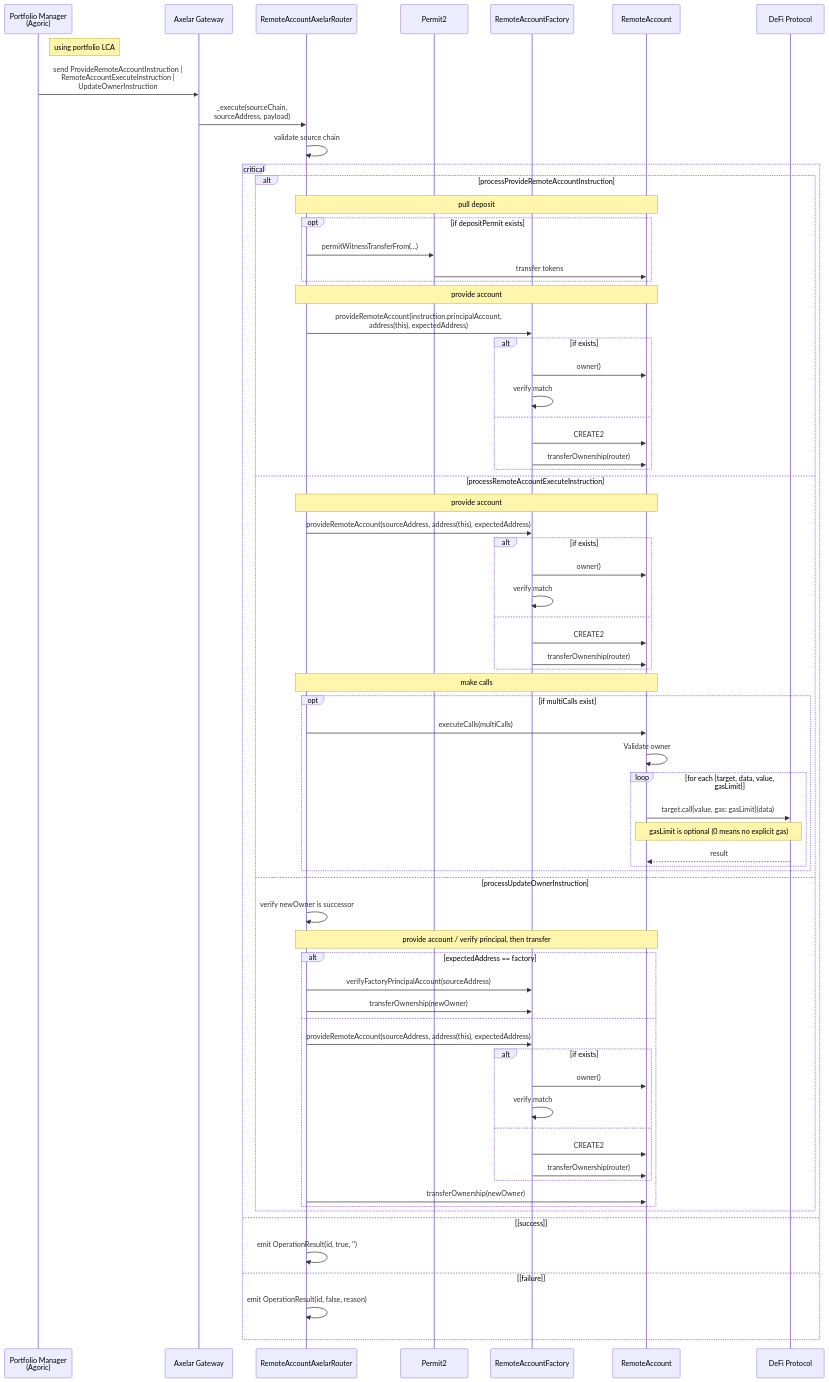
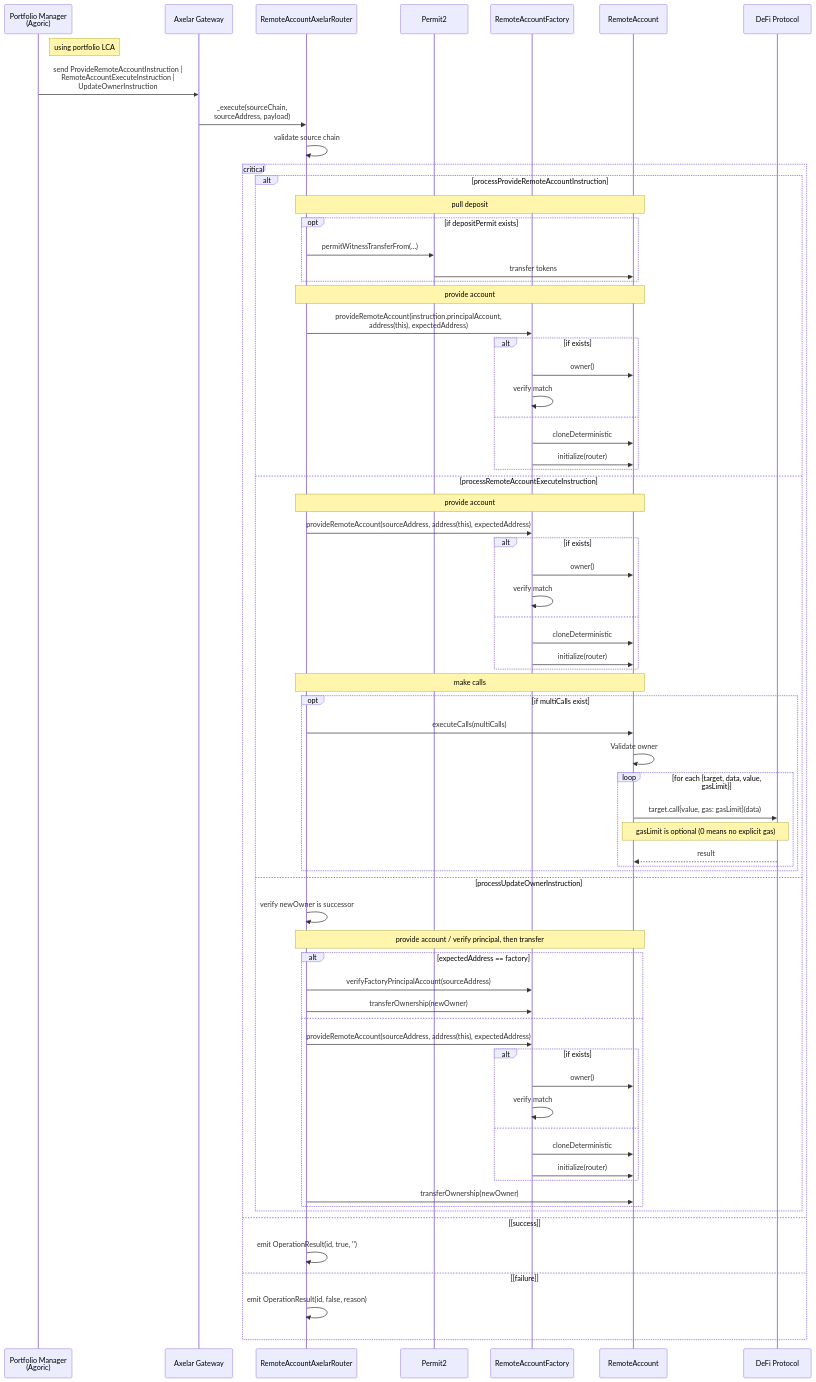
Before and after one commit to agoric-labs/agoric-to-axelar-local: the sixth of 8 diagrams in packages/axelar-local-dev-cosmos/src/contracts/design.md, drawn with Mermaid. The commit also changed other lines of this file, not shown here.

````diff
--- a/packages/axelar-local-dev-cosmos/src/contracts/design.md
+++ b/packages/axelar-local-dev-cosmos/src/contracts/design.md
@@ -376,79 +410,79 @@
 ```mermaid
 sequenceDiagram
     participant PM as Portfolio Manager<br/>(Agoric)
     participant AXL as Axelar Gateway
     participant PR as RemoteAccountAxelarRouter
     participant P2 as Permit2
     participant RAF as RemoteAccountFactory
     participant RA as RemoteAccount
     participant DEFI as DeFi Protocol
 
     Note right of PM: using portfolio LCA
     PM->>AXL: send ProvideRemoteAccountInstruction |<br>RemoteAccountExecuteInstruction |<br>UpdateOwnerInstruction
     AXL->>PR: _execute(sourceChain,<br>sourceAddress, payload)
 
     PR->>PR: validate source chain
 
     critical
         alt processProvideRemoteAccountInstruction
             Note over PR,RA: pull deposit
             opt if depositPermit exists
                 PR->>P2: permitWitnessTransferFrom(...)
                 P2->>RA: transfer tokens
             end
 
             Note over PR,RA: provide account
             PR->>RAF: provideRemoteAccount(instruction.principalAccount,<br> address(this), expectedAddress)
             alt if exists
                 RAF->>RA: owner()
                 RAF->>RAF: verify match
             else
-                RAF->>RA: CREATE2
-                RAF->>RA: transferOwnership(router)
+                RAF->>RA: cloneDeterministic
+                RAF->>RA: initialize(router)
             end
         else processRemoteAccountExecuteInstruction
             Note over PR,RA: provide account
             PR->>RAF: provideRemoteAccount(sourceAddress, address(this), expectedAddress)
             alt if exists
                 RAF->>RA: owner()
                 RAF->>RAF: verify match
             else
-                RAF->>RA: CREATE2
-                RAF->>RA: transferOwnership(router)
+                RAF->>RA: cloneDeterministic
+                RAF->>RA: initialize(router)
             end
 
             Note over PR,RA: make calls
             opt if multiCalls exist
                 PR->>RA: executeCalls(multiCalls)
                 RA->>RA: Validate owner
                 loop for each {target, data, value, gasLimit}
                     RA->>DEFI: target.call{value, gas: gasLimit}(data)
                     Note over RA,DEFI: gasLimit is optional (0 means no explicit gas)
                     DEFI-->>RA: result
                 end
             end
         else processUpdateOwnerInstruction
             PR->>PR: verify newOwner is successor
 
             Note over PR,RA: provide account / verify principal, then transfer
             alt expectedAddress == factory
                 PR->>RAF: verifyFactoryPrincipalAccount(sourceAddress)
                 PR->>RAF: transferOwnership(newOwner)
             else
                 PR->>RAF: provideRemoteAccount(sourceAddress, address(this), expectedAddress)
                 alt if exists
                     RAF->>RA: owner()
                     RAF->>RAF: verify match
                 else
-                    RAF->>RA: CREATE2
-                    RAF->>RA: transferOwnership(router)
+                    RAF->>RA: cloneDeterministic
+                    RAF->>RA: initialize(router)
                 end
                 PR->>RA: transferOwnership(newOwner)
             end
         end
     option [success]
         PR->>PR: emit OperationResult(id, true, '')
     option [failure]
         PR->>PR: emit OperationResult(id, false, reason)
     end
 ```
````
